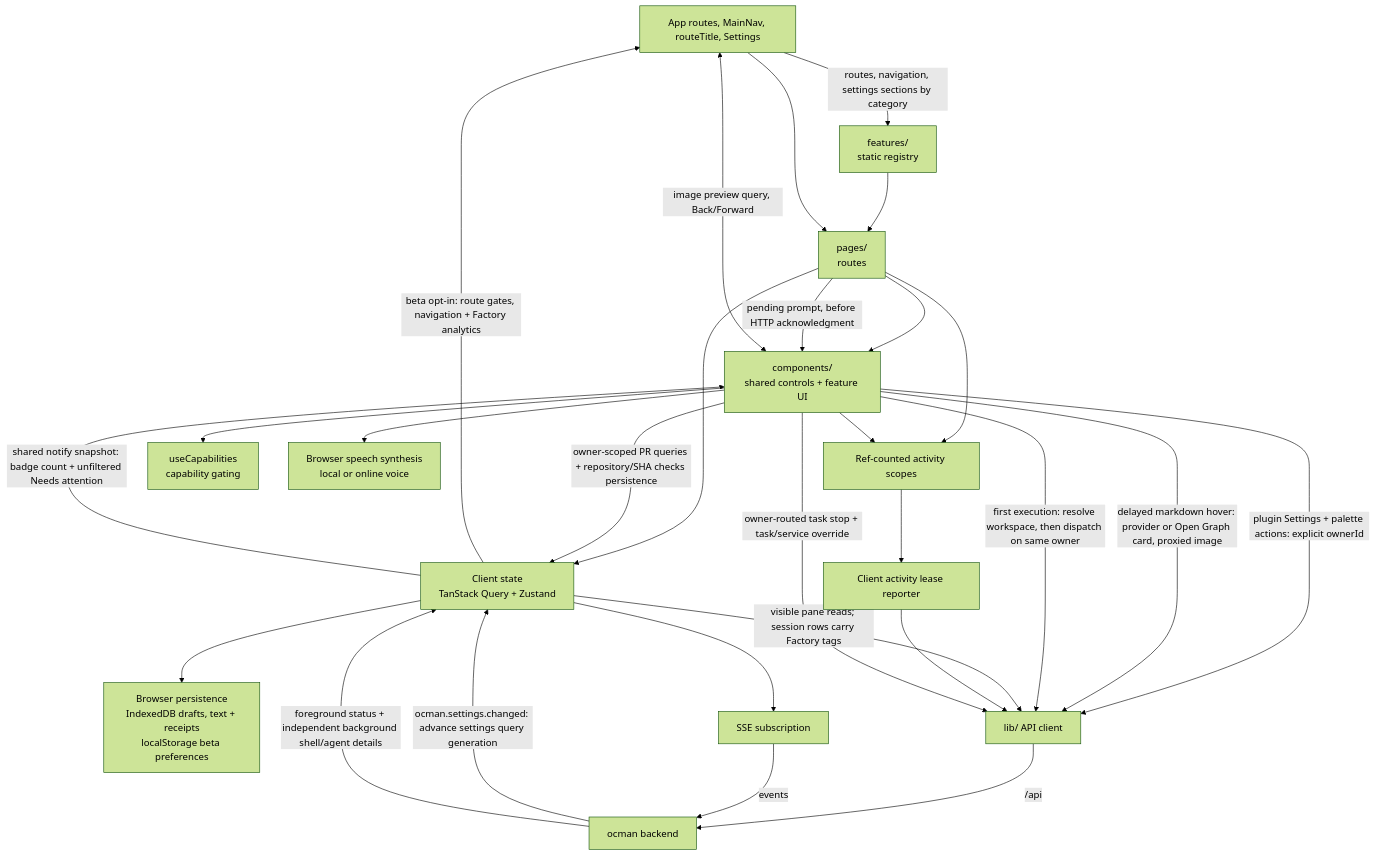
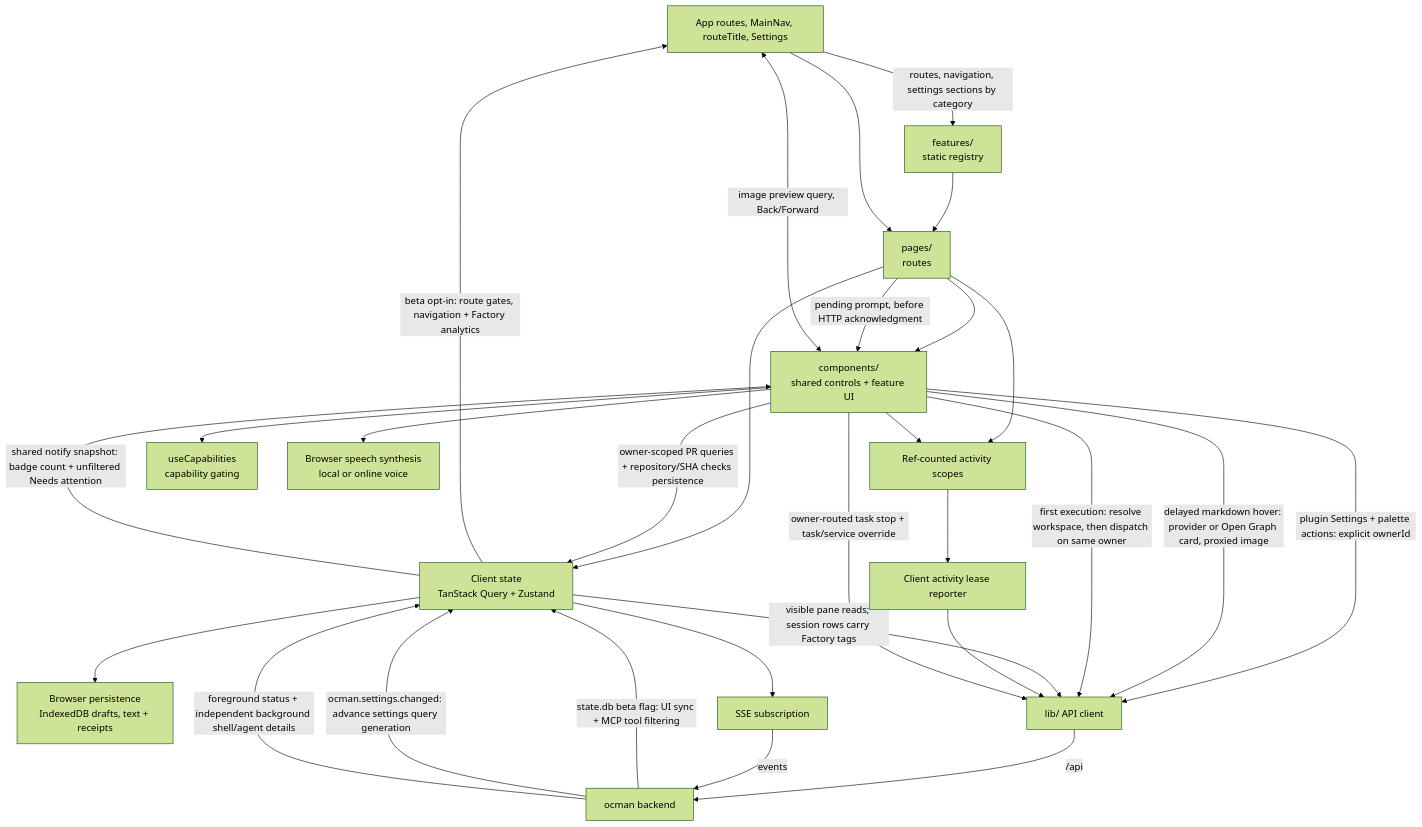
Diagram 15 of 18 in docs/other/architecture.md (ocman/ocman), drawn with Mermaid (forest theme) before and after one commit. The commit also changed other lines of this file and 58 other files, not shown here.

````diff
--- a/docs/other/architecture.md
+++ b/docs/other/architecture.md
@@ -1856,30 +1856,31 @@
 ```mermaid
 flowchart TD
     Shell[App routes, MainNav, routeTitle, Settings] -->|routes, navigation, settings sections by category| Features[features/<br/>static registry]
     Features --> Pages
     Shell --> Pages
     Pages[pages/<br/>routes] --> Comp[components/<br/>shared controls + feature UI]
     Pages --> Stores[Client state<br/>TanStack Query + Zustand]
     Pages -->|pending prompt, before HTTP acknowledgment| Comp
-    Stores --> Persistence[Browser persistence<br/>IndexedDB drafts, text + receipts<br/>localStorage beta preferences]
+    Stores --> Persistence[Browser persistence<br/>IndexedDB drafts, text + receipts]
     Stores -->|beta opt-in: route gates, navigation + Factory analytics| Shell
     Comp -->|owner-scoped PR queries + repository/SHA checks persistence| Stores
     Comp -->|plugin Settings + palette actions: explicit ownerId| API
     Comp -->|delayed markdown hover: provider or Open Graph card, proxied image| API
     Comp -->|first execution: resolve workspace, then dispatch on same owner| API
     Stores -->|visible pane reads; session rows carry Factory tags| API[lib/ API client]
     Stores --> SSE[SSE subscription]
     Stores -->|shared notify snapshot: badge count + unfiltered Needs attention| Comp
     Pages --> Scopes[Ref-counted activity scopes]
     Comp --> Scopes
     Scopes --> Reporter[Client activity lease reporter]
     Reporter --> API
     API -->|/api| Hub[ocman backend]
+    Hub -->|state.db beta flag: UI sync + MCP tool filtering| Stores
     SSE -->|events| Hub
     Hub -->|ocman.settings.changed: advance settings query generation| Stores
     Hub -->|foreground status + independent background shell/agent details| Stores
     Comp -->|owner-routed task stop + task/service override| API
     Comp --> Caps[useCapabilities<br/>capability gating]
     Comp --> Speech[Browser speech synthesis<br/>local or online voice]
     Comp <-->|image preview query, Back/Forward| Shell
 ```
````
